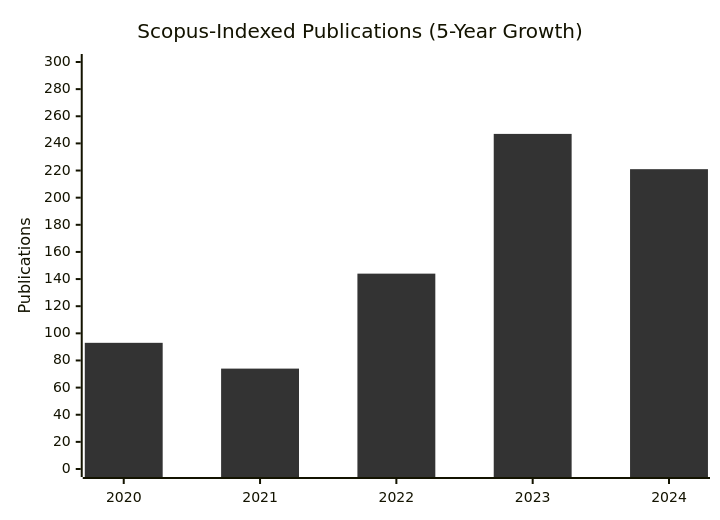
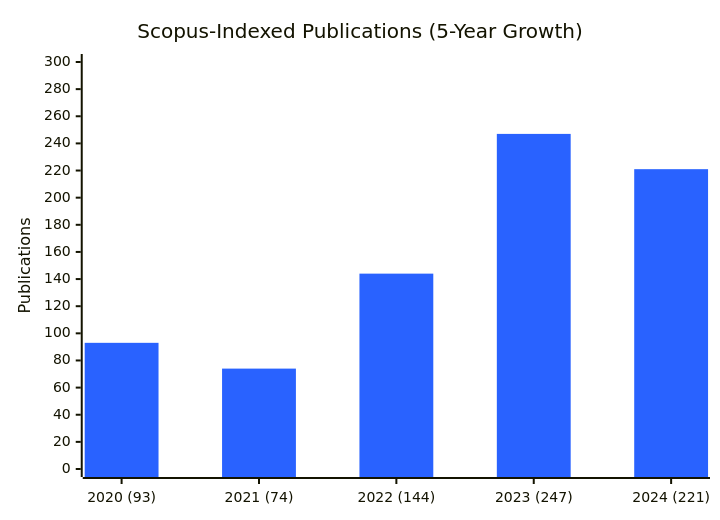
One commit to University-of-Dubai-Research/.github changed the diagram in profile/README.md. Above: the diagram before and after it, drawn with Mermaid.

````diff
--- a/profile/README.md
+++ b/profile/README.md
@@ -83,8 +83,8 @@
 ```mermaid
-%%{init: {'theme': 'base', 'themeVariables': { 'xyChart': { 'plotColorPalette': '004d40' } } } }%%
+%%{init: { 'theme': 'default', 'themeVariables': { 'xyChart': { 'plotColorPalette': '#2962ff' } } } }%%
 xychart-beta
     title "Scopus-Indexed Publications (5-Year Growth)"
-    x-axis [2020, 2021, 2022, 2023, 2024]
+    x-axis ["2020 (93)", "2021 (74)", "2022 (144)", "2023 (247)", "2024 (221)"]
     y-axis "Publications" 0 --> 300
     bar [93, 74, 144, 247, 221]
 ```
````
